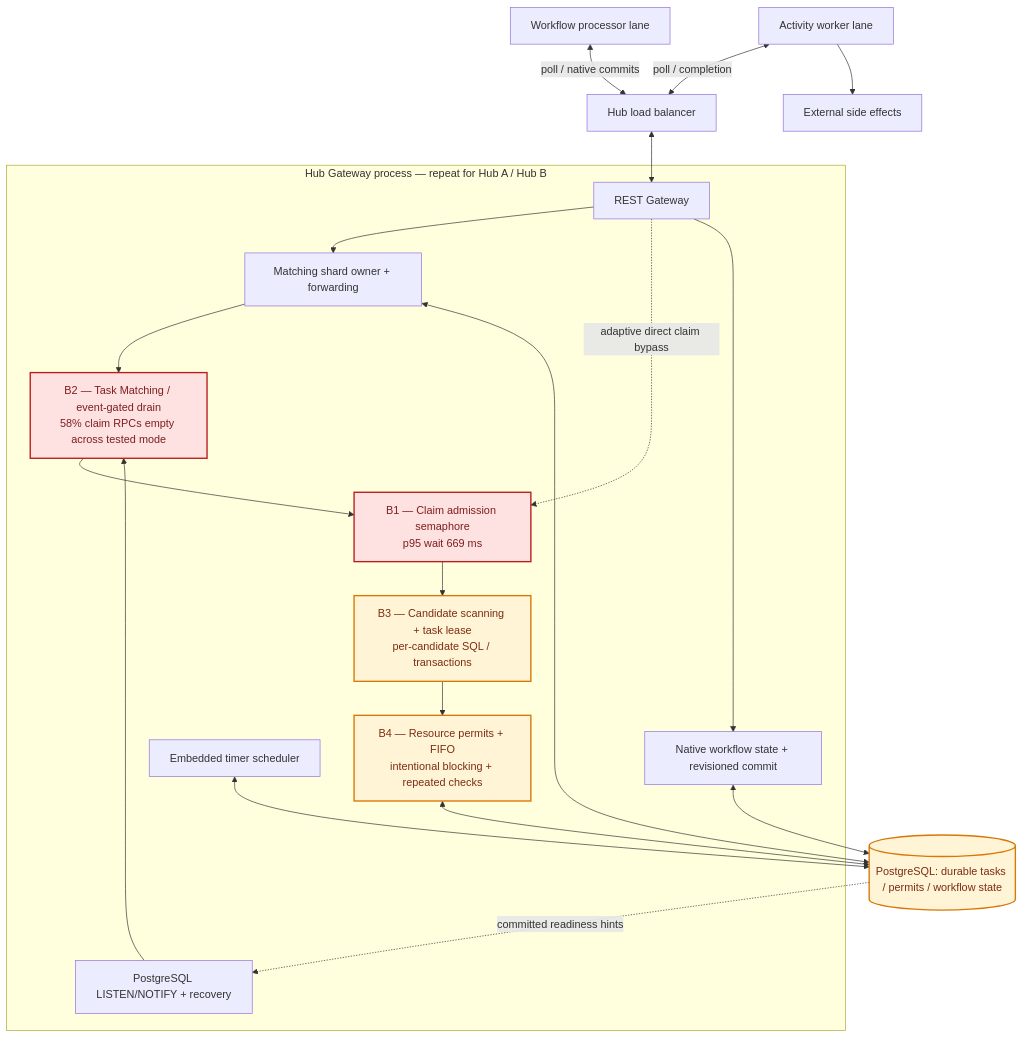
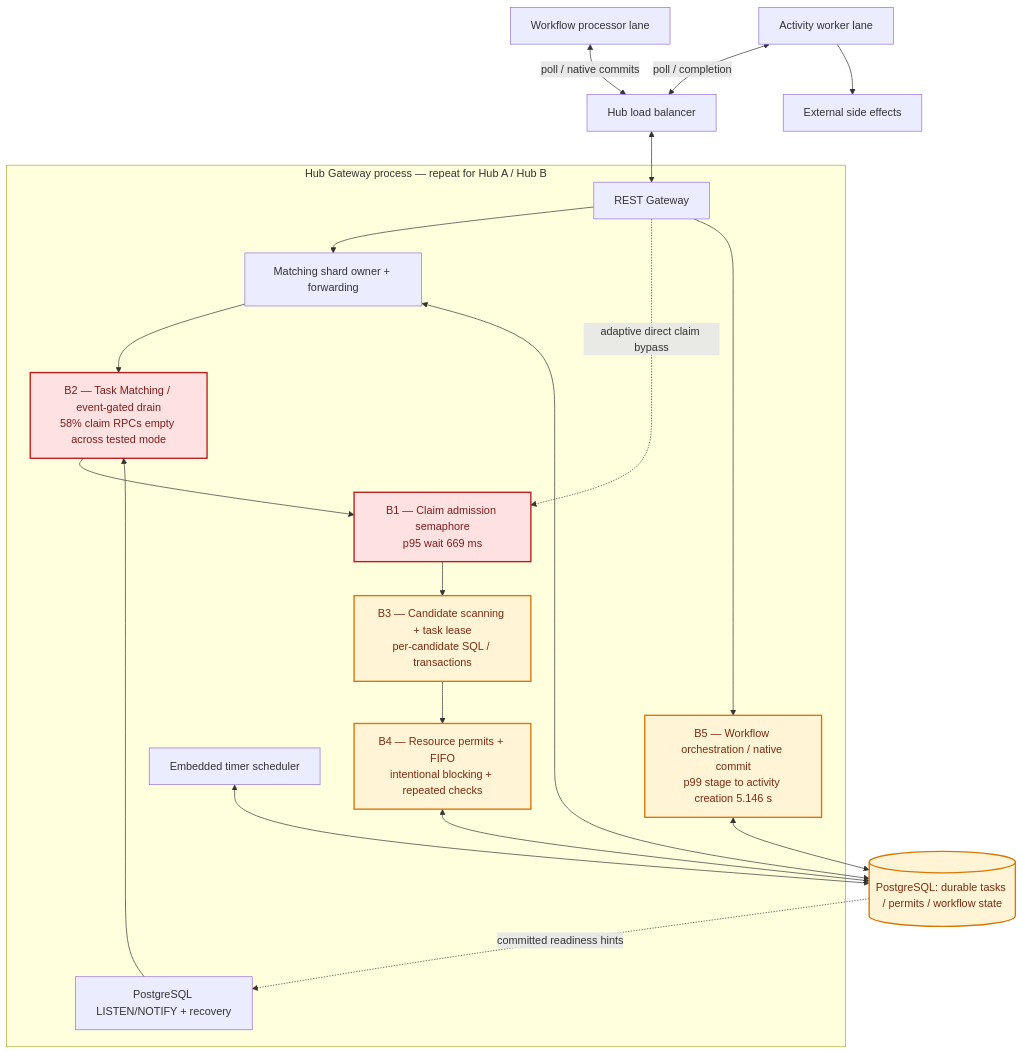
Before and after one commit to thanhhaictld/workflow-core: the second of 10 diagrams in scaling/docs/current-hub-runtime-architecture.md, drawn with Mermaid. The commit also changed other lines of this file, not shown here.

Commit message:
docs(architecture): mark end-to-end orchestration stage in bottleneck overlay

````diff
--- a/scaling/docs/current-hub-runtime-architecture.md
+++ b/scaling/docs/current-hub-runtime-architecture.md
@@ -91,45 +91,45 @@
 ```mermaid
 flowchart TB
     WF["Workflow processor lane"]
     AW["Activity worker lane"]
     LB["Hub load balancer"]
     DB[("PostgreSQL: durable tasks / permits / workflow state")]
     EXT["External side effects"]
 
     subgraph H["Hub Gateway process — repeat for Hub A / Hub B"]
       API["REST Gateway"]
       OWN["Matching shard owner + forwarding"]
       MATCH["B2 — Task Matching / event-gated drain\n58% claim RPCs empty across tested mode"]
       ADMIT["B1 — Claim admission semaphore\np95 wait 669 ms"]
       CAND["B3 — Candidate scanning + task lease\nper-candidate SQL / transactions"]
       POLICY["B4 — Resource permits + FIFO\nintentional blocking + repeated checks"]
       READY["PostgreSQL LISTEN/NOTIFY + recovery"]
       SCHED["Embedded timer scheduler"]
-      WFSTORE["Native workflow state + revisioned commit"]
+      WFSTORE["B5 — Workflow orchestration / native commit\np99 stage to activity creation 5.146 s"]
       API --> OWN
       OWN --> MATCH
       MATCH --> ADMIT
       API -. "adaptive direct claim bypass" .-> ADMIT
       ADMIT --> CAND
       CAND --> POLICY
       READY --> MATCH
       API --> WFSTORE
     end
 
     WF <-->|"poll / native commits"| LB
     AW <-->|"poll / completion"| LB
     AW --> EXT
     LB <--> API
     OWN <--> DB
     POLICY <--> DB
     WFSTORE <--> DB
     SCHED <--> DB
     DB -. "committed readiness hints" .-> READY
 
     classDef measured fill:#fee2e2,stroke:#b91c1c,color:#7f1d1d,stroke-width:2px
     classDef suspect fill:#fff4d6,stroke:#d97706,color:#7c2d12,stroke-width:2px
     classDef neutral fill:#eef2f6,stroke:#64748b,color:#1f2937
     class ADMIT,MATCH measured
-    class CAND,POLICY suspect
+    class CAND,POLICY,WFSTORE suspect
     class DB suspect
 ```
````
